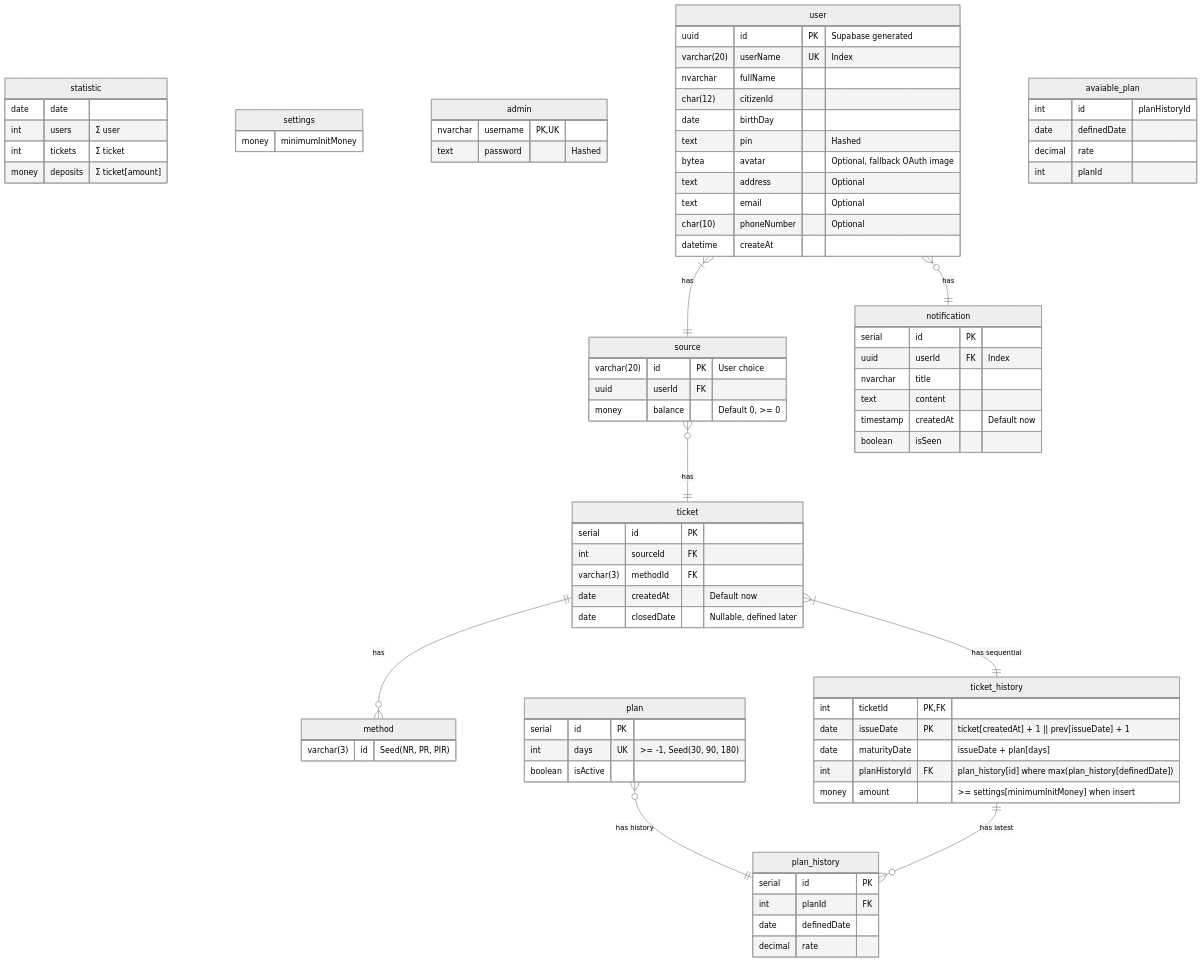
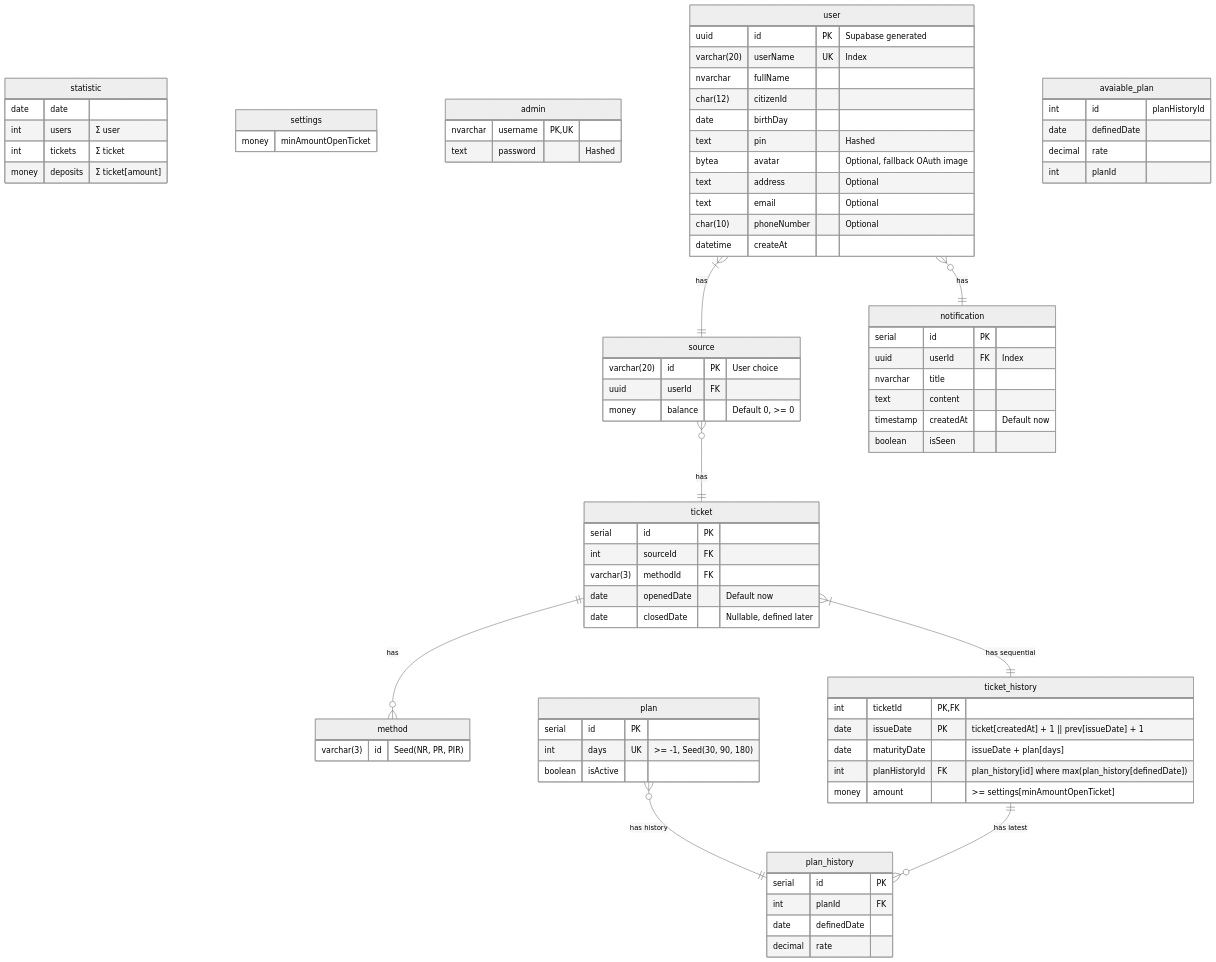
Before and after one commit to coinhub-uit/coinhub-uit.github.io: the diagram in docs/diagrams/database.md, drawn with Mermaid (neutral theme).

Commit message:
chore(db): change field minimumInitMoney to minAmountOpenTicket

```diff
--- a/docs/diagrams/database.md
+++ b/docs/diagrams/database.md
@@ -14,7 +14,7 @@
   }
 
   settings {
-    money minimumInitMoney
+    money minAmountOpenTicket
   }
 
   admin {
@@ -57,7 +57,7 @@
     serial id PK
     int sourceId FK
     varchar(3) methodId FK
-    date createdAt "Default now"
+    date openedDate "Default now"
     date closedDate "Nullable, defined later"
   }
 
@@ -66,7 +66,7 @@
     date issueDate PK "ticket[createdAt] + 1 || prev[issueDate] + 1"
     date maturityDate "issueDate + plan[days]"
     int planHistoryId FK "plan_history[id] where max(plan_history[definedDate])"
-    money amount ">= settings[minimumInitMoney] when insert"
+    money amount ">= settings[minAmountOpenTicket]"
   }
 
   plan {
```
